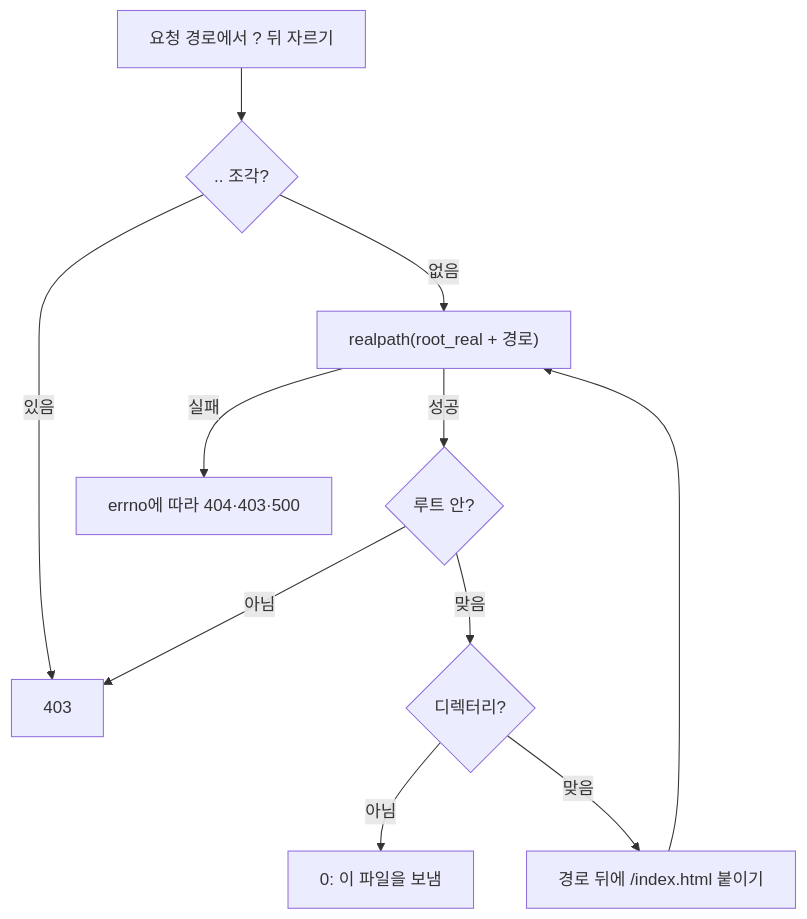
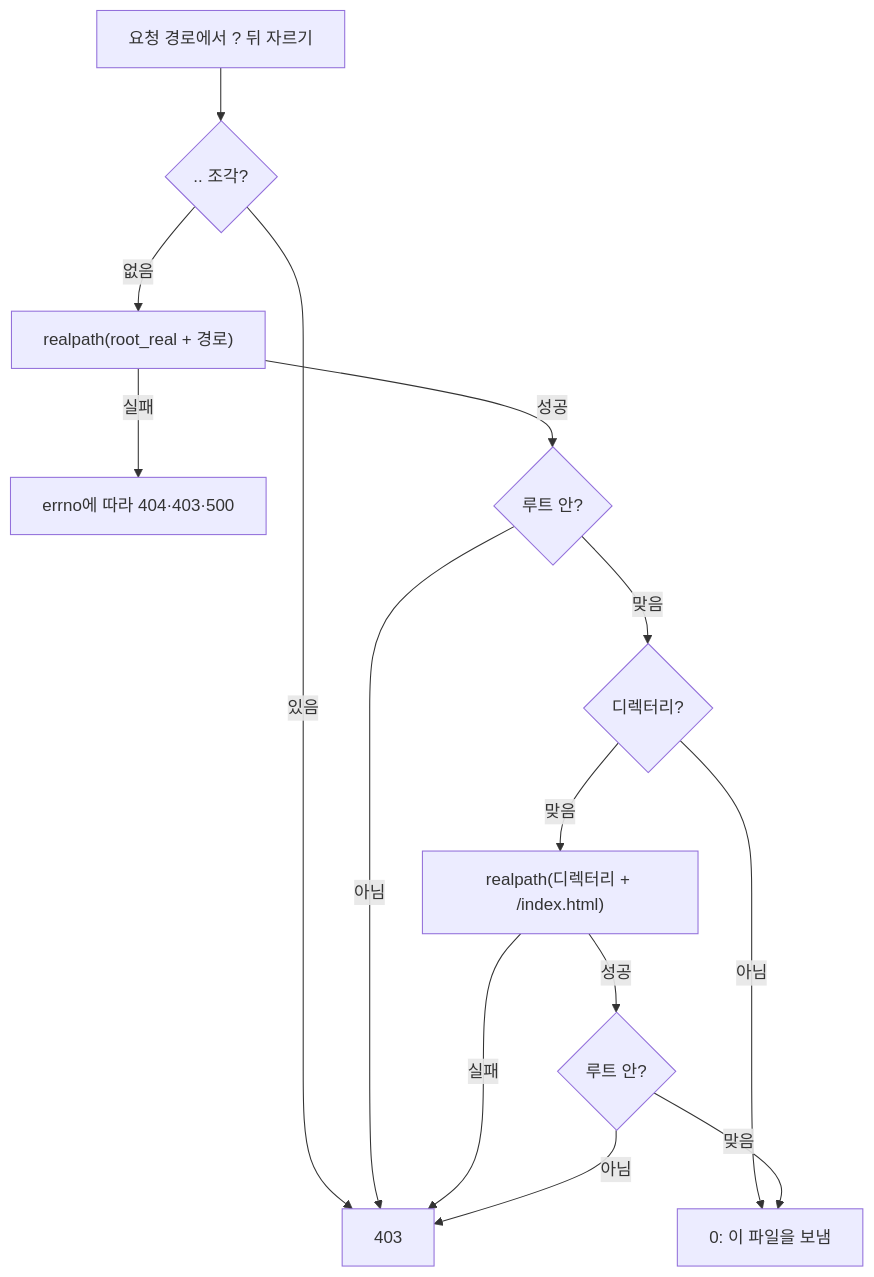
The diagram in docs/design/step3.md (hnjee/mini-webserver), drawn with Mermaid before and after one commit. The commit also changed other lines of this file and 5 other files, not shown here.

````diff
--- a/docs/design/step3.md
+++ b/docs/design/step3.md
@@ -131,13 +131,16 @@
 ```mermaid
 flowchart TD
     A["요청 경로에서 ? 뒤 자르기"] --> B{".. 조각?"}
     B -- 있음 --> F403["403"]
     B -- 없음 --> C["realpath(root_real + 경로)"]
     C -- 실패 --> FE["errno에 따라 404·403·500"]
     C -- 성공 --> D{"루트 안?"}
     D -- 아님 --> F403
     D -- 맞음 --> E{"디렉터리?"}
     E -- 아님 --> OK["0: 이 파일을 보냄"]
-    E -- 맞음 --> G["경로 뒤에 /index.html 붙이기"]
-    G --> C
+    E -- 맞음 --> G["realpath(디렉터리 + /index.html)"]
+    G -- 실패 --> F403
+    G -- 성공 --> H{"루트 안?"}
+    H -- 아님 --> F403
+    H -- 맞음 --> OK
 ```
````
